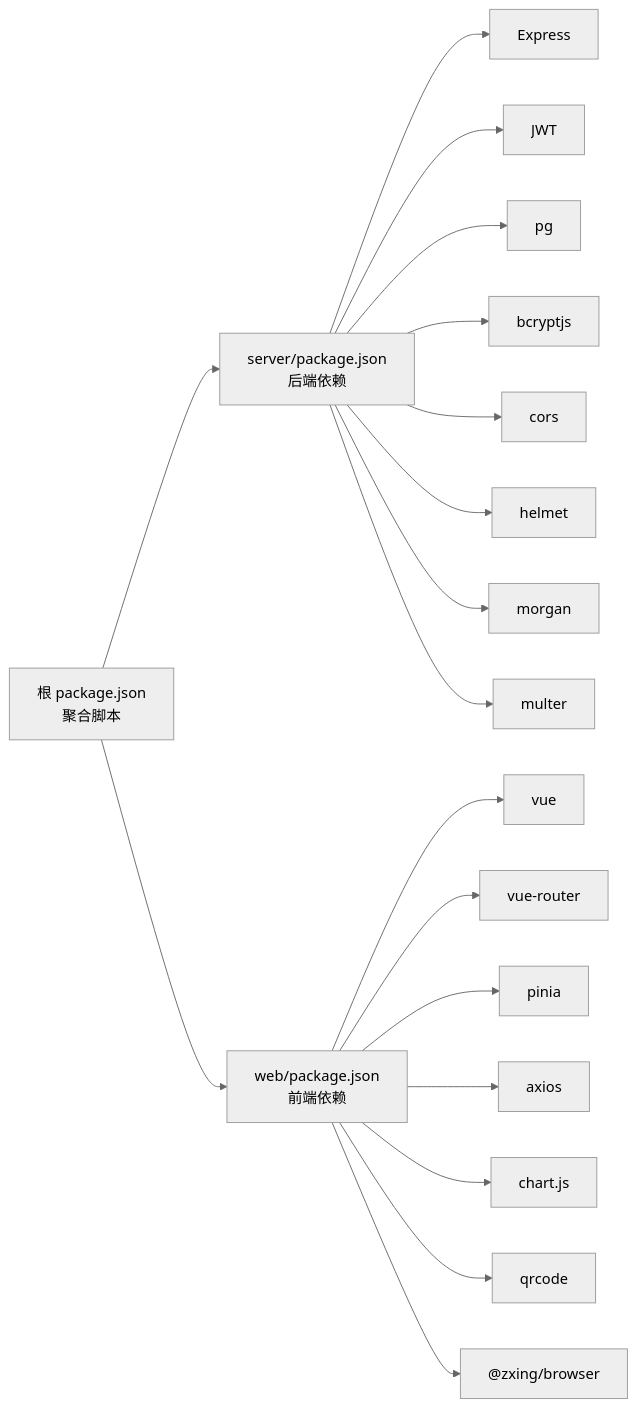
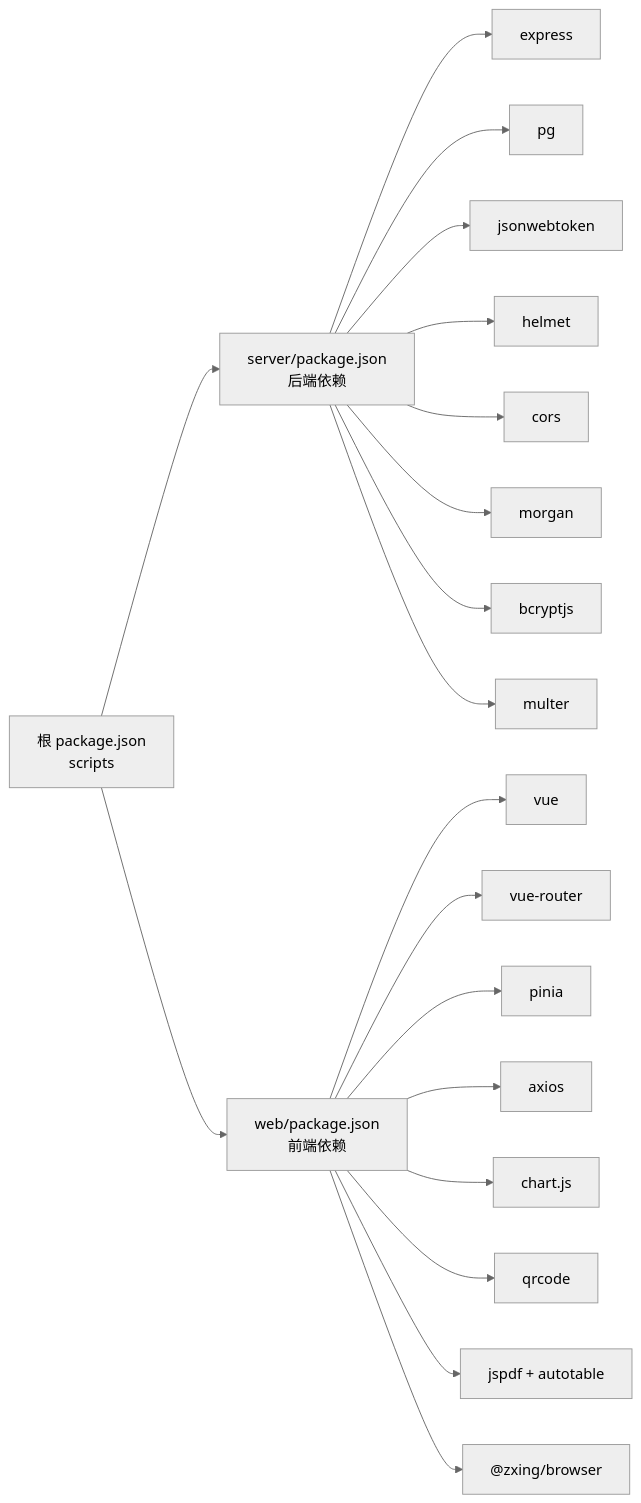
Before and after one commit to Juny09/inventory_system: the tenth of 10 diagrams in .qoder/repowiki/zh/content/开发指南.md, drawn with Mermaid (neutral theme). The commit also changed other lines of this file and 171 other files, not shown here.

````diff
--- a/.qoder/repowiki/zh/content/开发指南.md
+++ b/.qoder/repowiki/zh/content/开发指南.md
@@ -288,20 +339,21 @@
 ```mermaid
 graph LR
-PkgRoot["根 package.json<br/>聚合脚本"] --> SrvPkg["server/package.json<br/>后端依赖"]
-PkgRoot --> WebPkg["web/package.json<br/>前端依赖"]
-SrvPkg --> ExpressDep["Express"]
-SrvPkg --> JWTDep["JWT"]
-SrvPkg --> PGDep["pg"]
-SrvPkg --> BcryptDep["bcryptjs"]
-SrvPkg --> CorsDep["cors"]
-SrvPkg --> HelmetDep["helmet"]
-SrvPkg --> MorganDep["morgan"]
-SrvPkg --> MulterDep["multer"]
-WebPkg --> VueDep["vue"]
-WebPkg --> RouterDep["vue-router"]
-WebPkg --> PiniaDep["pinia"]
-WebPkg --> AxiosDep["axios"]
-WebPkg --> ChartDep["chart.js"]
-WebPkg --> QRDep["qrcode"]
-WebPkg --> ZXingDep["@zxing/browser"]
+RootPkg["根 package.json<br/>scripts"] --> SDep["server/package.json<br/>后端依赖"]
+RootPkg --> WDep["web/package.json<br/>前端依赖"]
+SDep --> Express["express"]
+SDep --> PG["pg"]
+SDep --> JWT["jsonwebtoken"]
+SDep --> Helmet["helmet"]
+SDep --> CORS["cors"]
+SDep --> Morgan["morgan"]
+SDep --> Bcrypt["bcryptjs"]
+SDep --> Multer["multer"]
+WDep --> Vue["vue"]
+WDep --> Router["vue-router"]
+WDep --> Pinia["pinia"]
+WDep --> Axios["axios"]
+WDep --> Chart["chart.js"]
+WDep --> QR["qrcode"]
+WDep --> PDF["jspdf + autotable"]
+WDep --> ZXing["@zxing/browser"]
 ```
````
